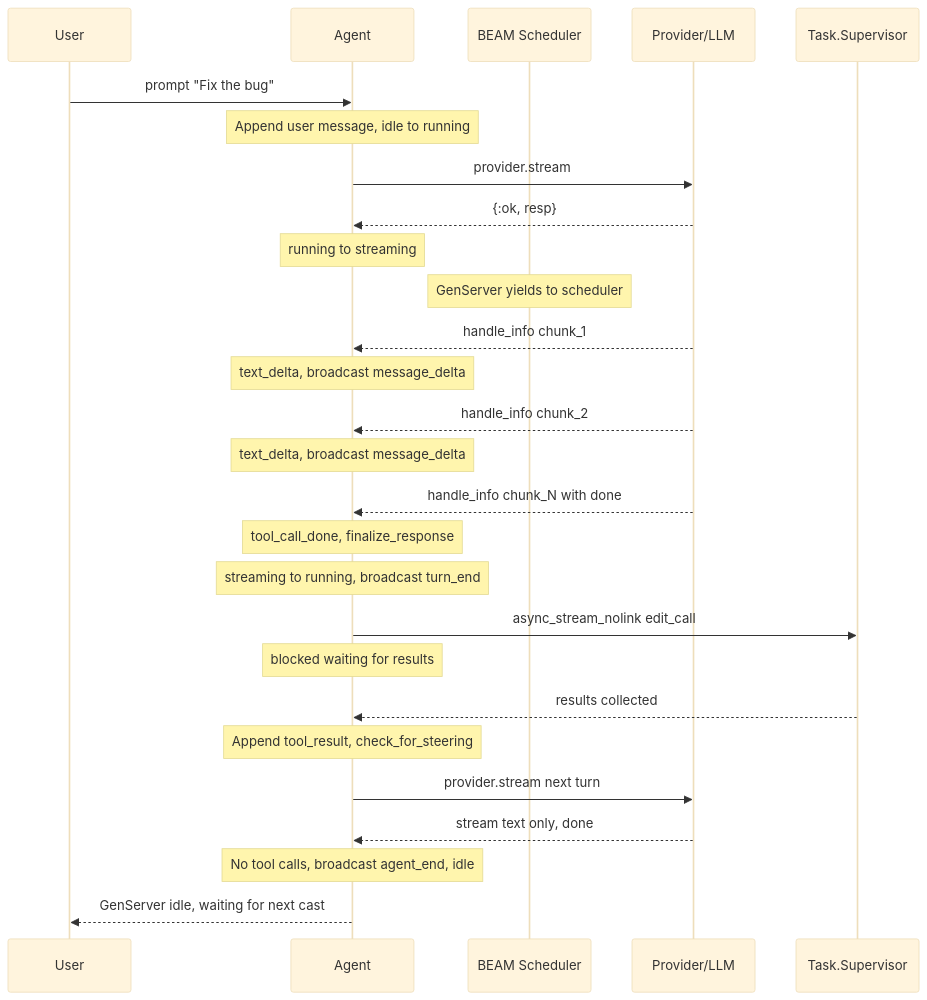
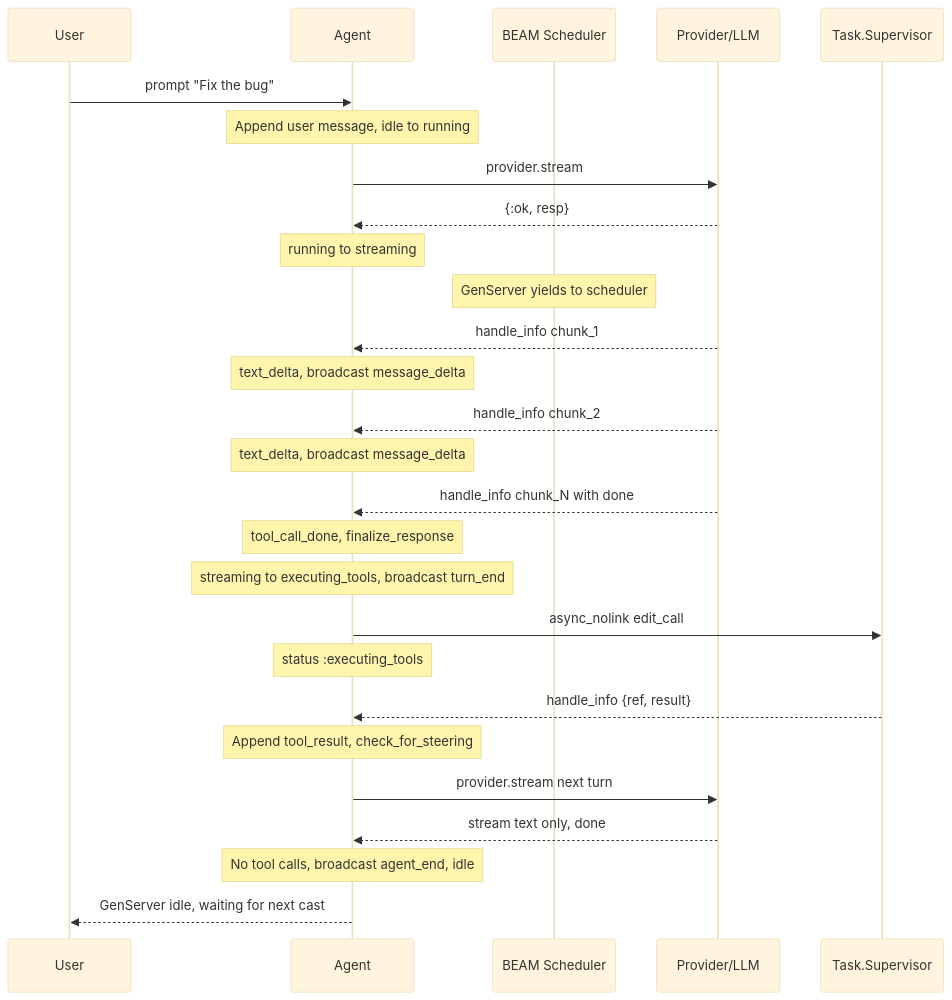
One commit to matteing/opal changed the sixth of 8 diagrams in docs/agent-loop.md. Above: the diagram before and after it, drawn with Mermaid (base theme). The commit also changed other lines of this file and 20 other files, not shown here.

````diff
--- a/docs/agent-loop.md
+++ b/docs/agent-loop.md
@@ -404,40 +388,40 @@
 ```mermaid
 sequenceDiagram
     participant User
     participant Agent
     participant BEAM as BEAM Scheduler
     participant Provider as Provider/LLM
     participant TaskSup as Task.Supervisor
 
     User->>Agent: prompt "Fix the bug"
     Note over Agent: Append user message, idle to running
 
     Agent->>Provider: provider.stream
     Provider-->>Agent: {:ok, resp}
     Note over Agent: running to streaming
     Note over BEAM: GenServer yields to scheduler
 
     Provider-->>Agent: handle_info chunk_1
     Note over Agent: text_delta, broadcast message_delta
 
     Provider-->>Agent: handle_info chunk_2
     Note over Agent: text_delta, broadcast message_delta
 
     Provider-->>Agent: handle_info chunk_N with done
     Note over Agent: tool_call_done, finalize_response
 
-    Note over Agent: streaming to running, broadcast turn_end
+    Note over Agent: streaming to executing_tools, broadcast turn_end
 
-    Agent->>TaskSup: async_stream_nolink edit_call
-    Note over Agent: blocked waiting for results
-    TaskSup-->>Agent: results collected
+    Agent->>TaskSup: async_nolink edit_call
+    Note over Agent: status :executing_tools
+    TaskSup-->>Agent: handle_info {ref, result}
 
     Note over Agent: Append tool_result, check_for_steering
 
     Agent->>Provider: provider.stream next turn
     Provider-->>Agent: stream text only, done
 
     Note over Agent: No tool calls, broadcast agent_end, idle
 
     Agent-->>User: GenServer idle, waiting for next cast
 ```
````
